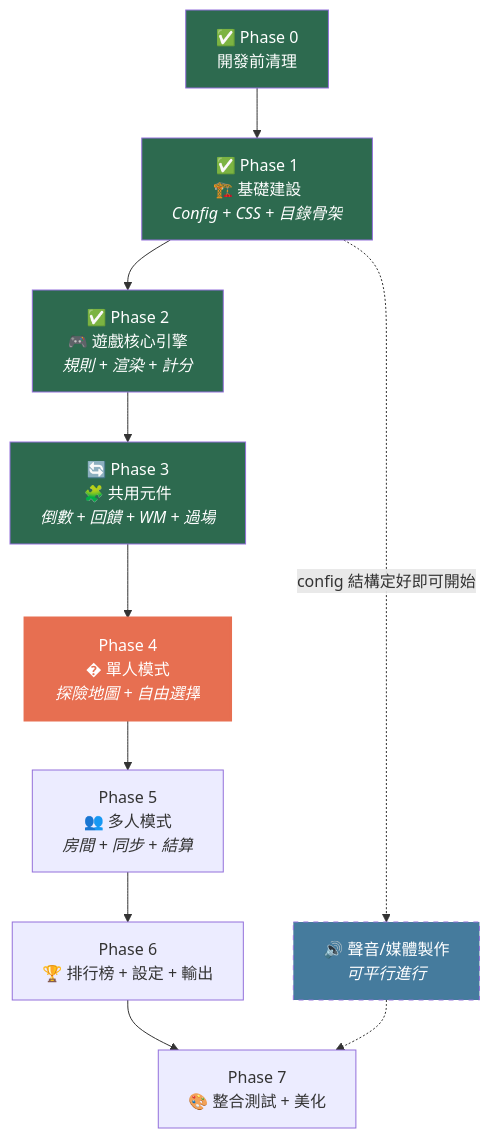
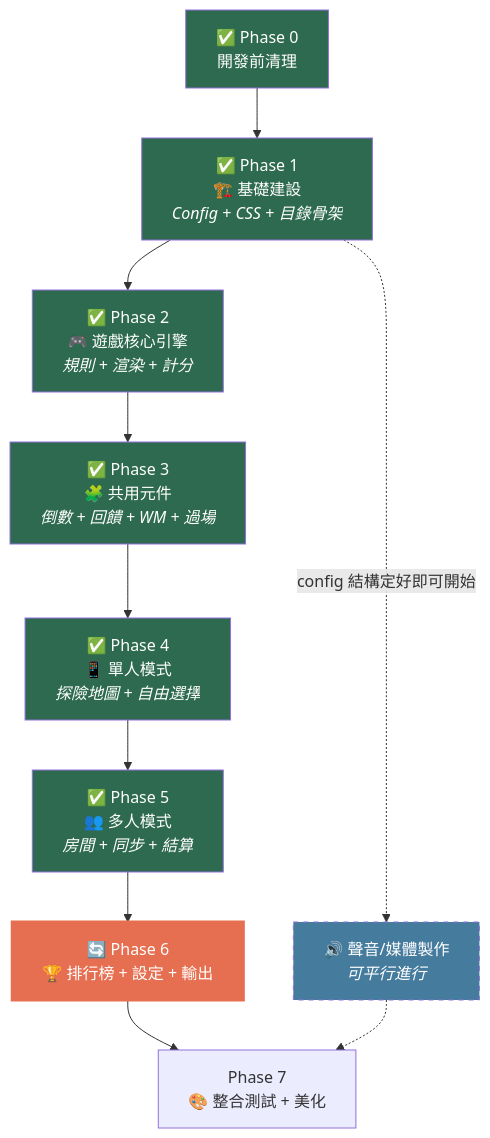
Diagram 31 of 34 in 完整需求文件v4.5.md (patiencelee-39/ef-game), drawn with Mermaid before and after one commit. The commit also changed other lines of this file, not shown here.

First line of the commit message:
docs: 需求文件流程圖+開發時程更新

````diff
--- a/完整需求文件v4.5.md
+++ b/完整需求文件v4.5.md
@@ -6290,30 +6310,32 @@
 ```mermaid
 graph TD
     P0["✅ Phase 0<br/>開發前清理"]
     P1["✅ Phase 1<br/>🏗️ 基礎建設<br/><i>Config + CSS + 目錄骨架</i>"]
     P2["✅ Phase 2<br/>🎮 遊戲核心引擎<br/><i>規則 + 渲染 + 計分</i>"]
-    P3["🔄 Phase 3<br/>🧩 共用元件<br/><i>倒數 + 回饋 + WM + 過場</i>"]
-    P4["Phase 4<br/>�️ 單人模式<br/><i>探險地圖 + 自由選擇</i>"]
-    P5["Phase 5<br/>👥 多人模式<br/><i>房間 + 同步 + 結算</i>"]
-    P6["Phase 6<br/>🏆 排行榜 + 設定 + 輸出"]
+    P3["✅ Phase 3<br/>🧩 共用元件<br/><i>倒數 + 回饋 + WM + 過場</i>"]
+    P4["✅ Phase 4<br/>📱️ 單人模式<br/><i>探險地圖 + 自由選擇</i>"]
+    P5["✅ Phase 5<br/>👥 多人模式<br/><i>房間 + 同步 + 結算</i>"]
+    P6["🔄 Phase 6<br/>🏆 排行榜 + 設定 + 輸出"]
     P7["Phase 7<br/>🎨 整合測試 + 美化"]
 
     P0 --> P1
     P1 --> P2
     P2 --> P3
     P3 --> P4
     P4 --> P5
     P5 --> P6
     P6 --> P7
 
     PA["🔊 聲音/媒體製作<br/><i>可平行進行</i>"]
     P1 -.->|config 結構定好即可開始| PA
     PA -.-> P7
 
     style P0 fill:#2d6a4f,color:#fff
     style P1 fill:#2d6a4f,color:#fff
     style P2 fill:#2d6a4f,color:#fff
     style P3 fill:#2d6a4f,color:#fff
-    style P4 fill:#e76f51,color:#fff,stroke:#e76f51,stroke-width:3px
+    style P4 fill:#2d6a4f,color:#fff
+    style P5 fill:#2d6a4f,color:#fff
+    style P6 fill:#e76f51,color:#fff,stroke:#e76f51,stroke-width:3px
     style PA fill:#457b9d,color:#fff,stroke-dasharray: 5 5
 ```
````
